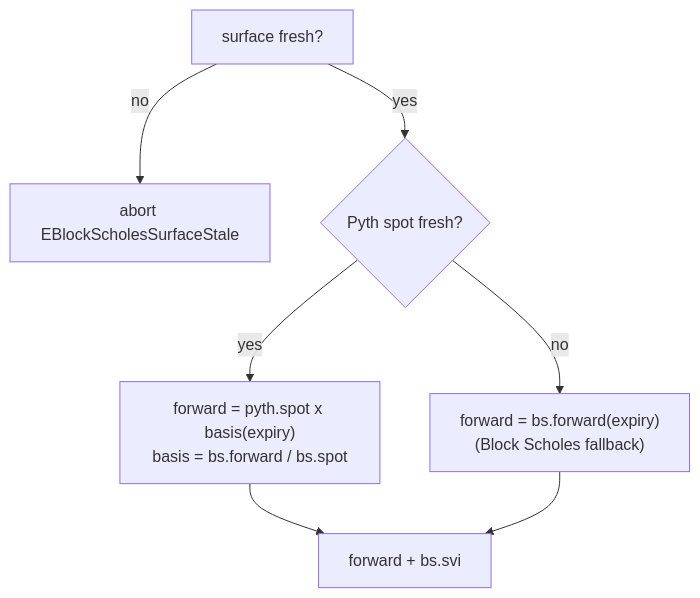
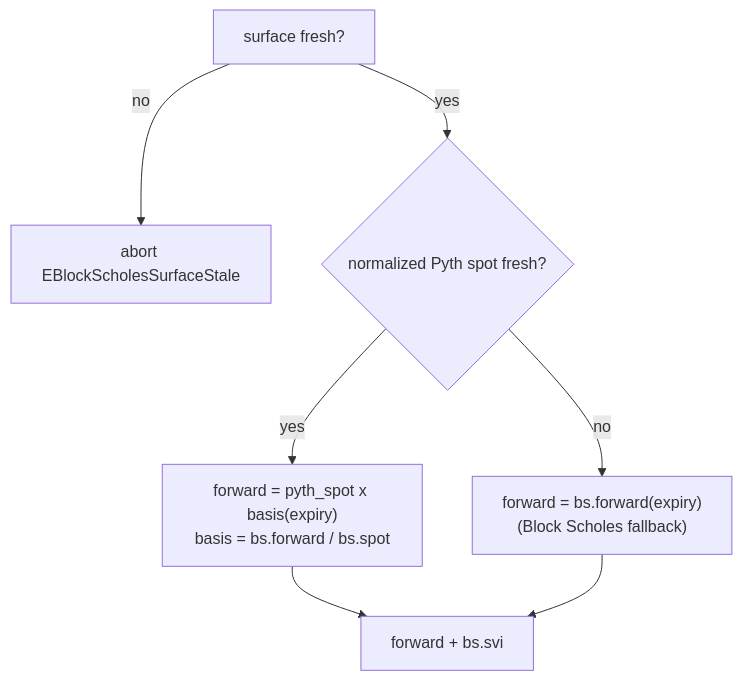
Before and after one commit to MystenLabs/deepbookv3: the diagram in packages/predict/docs/concepts/pricing-and-oracles.md, drawn with Mermaid. The commit also changed other lines of this file and 75 other files, not shown here.

````diff
--- a/packages/predict/docs/concepts/pricing-and-oracles.md
+++ b/packages/predict/docs/concepts/pricing-and-oracles.md
@@ -85,9 +85,9 @@
 ```mermaid
 flowchart TD
     A[surface fresh?] -- no --> X[abort EBlockScholesSurfaceStale]
-    A -- yes --> B{Pyth spot fresh?}
-    B -- yes --> C["forward = pyth.spot x basis(expiry)<br/>basis = bs.forward / bs.spot"]
+    A -- yes --> B{normalized Pyth spot fresh?}
+    B -- yes --> C["forward = pyth_spot x basis(expiry)<br/>basis = bs.forward / bs.spot"]
     B -- no --> D["forward = bs.forward(expiry)<br/>(Block Scholes fallback)"]
     C --> E[forward + bs.svi]
     D --> E
 ```
````
